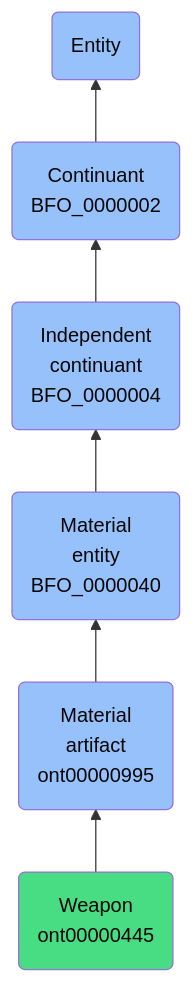
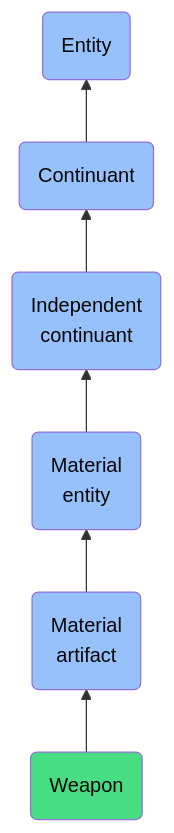
Before and after one commit to jupyter-naas/abi: the diagram in docs/ontology/reference/model/Entity/Continuant/Independent continuant/Material entity/Material artifact/Weapon/Weapon.md, drawn with Mermaid. The commit also changed other lines of this file and 1430 other files, not shown here.

````diff
--- a/docs/ontology/reference/model/Entity/Continuant/Independent continuant/Material entity/Material artifact/Weapon/Weapon.md
+++ b/docs/ontology/reference/model/Entity/Continuant/Independent continuant/Material entity/Material artifact/Weapon/Weapon.md
@@ -24,13 +24,13 @@
 ```mermaid
 graph BT
-    ont00000445(Weapon<br>ont00000445):::ABI-->ont00000995
-    ont00000995(Material<br>artifact<br>ont00000995):::BFO-->BFO_0000040
-    BFO_0000040(Material<br>entity<br>BFO_0000040):::BFO-->BFO_0000004
-    BFO_0000004(Independent<br>continuant<br>BFO_0000004):::BFO-->BFO_0000002
-    BFO_0000002(Continuant<br>BFO_0000002):::BFO-->BFO_0000001
+    ont00000445(Weapon):::ABI-->ont00000995
+    ont00000995(Material<br>artifact):::BFO-->BFO_0000040
+    BFO_0000040(Material<br>entity):::BFO-->BFO_0000004
+    BFO_0000004(Independent<br>continuant):::BFO-->BFO_0000002
+    BFO_0000002(Continuant):::BFO-->BFO_0000001
     BFO_0000001(Entity):::BFO
     
     classDef BFO fill:#97c1fb,color:#060606
     classDef CCO fill:#e4c51e,color:#060606
     classDef ABI fill:#48DD82,color:#060606
 ```
````
